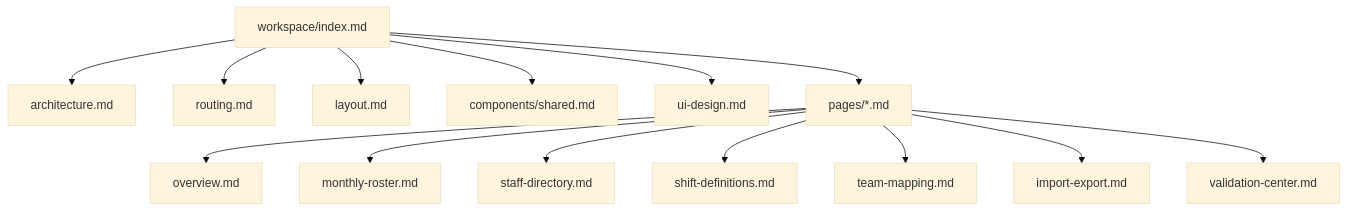
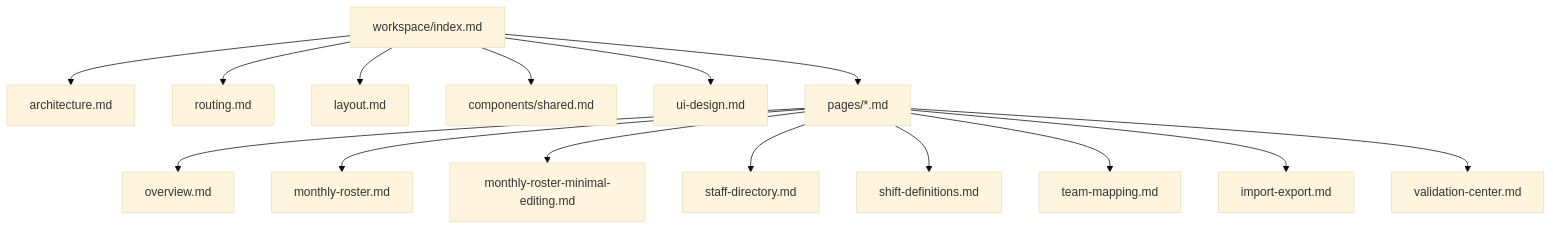
Before and after one commit to yachi666/support-roster-ui: the diagram in .specs/workspace/index.md, drawn with Mermaid (base theme). The commit also changed other lines of this file and 1 other file, not shown here.

Commit message:
docs: add minimal roster editing design

````diff
--- a/.specs/workspace/index.md
+++ b/.specs/workspace/index.md
@@ -36,25 +37,26 @@
 ```mermaid
 graph TB
     ROOT[workspace/index.md]
     ARCH[architecture.md]
     ROUTING[routing.md]
     LAYOUT[layout.md]
     SHARED[components/shared.md]
     UIDESIGN[ui-design.md]
     PAGES[pages/*.md]
 
     ROOT --> ARCH
     ROOT --> ROUTING
     ROOT --> LAYOUT
     ROOT --> SHARED
     ROOT --> PAGES
     ROOT --> UIDESIGN
 
     PAGES --> P1[overview.md]
     PAGES --> P2[monthly-roster.md]
+    PAGES --> P2B[monthly-roster-minimal-editing.md]
     PAGES --> P3[staff-directory.md]
     PAGES --> P4[shift-definitions.md]
     PAGES --> P5[team-mapping.md]
     PAGES --> P6[import-export.md]
     PAGES --> P7[validation-center.md]
 ```
````
